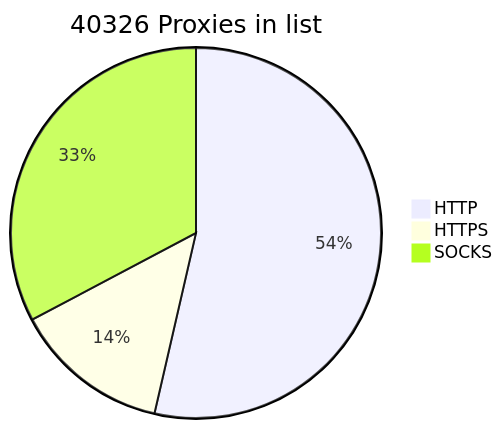
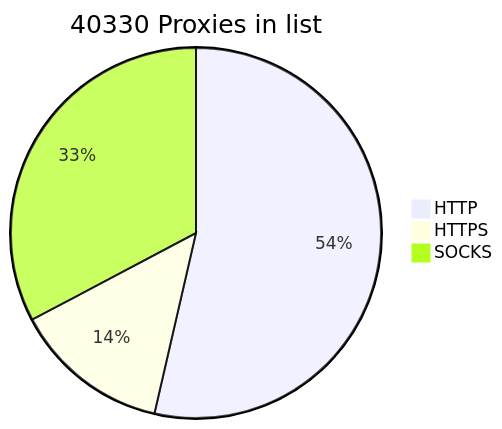
One commit to BlackSnowDot/proxylist-update-every-minute changed the diagram in README.md. Above: the diagram before and after it, drawn with Mermaid.

````diff
--- a/README.md
+++ b/README.md
@@ -2,6 +2,6 @@
 ```mermaid
-pie title 40326 Proxies in list
-    "HTTP" : 24236
-    "HTTPS": 6175
+pie title 40330 Proxies in list
+    "HTTP" : 24238
+    "HTTPS": 6176
     "SOCKS" : 14805
 ```
````
